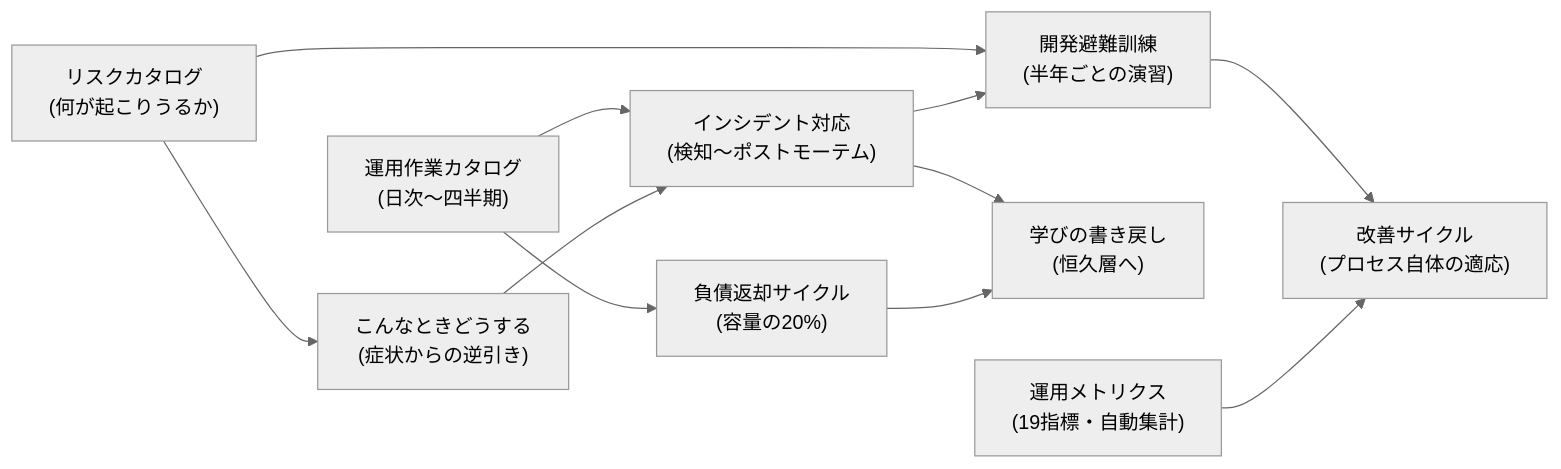
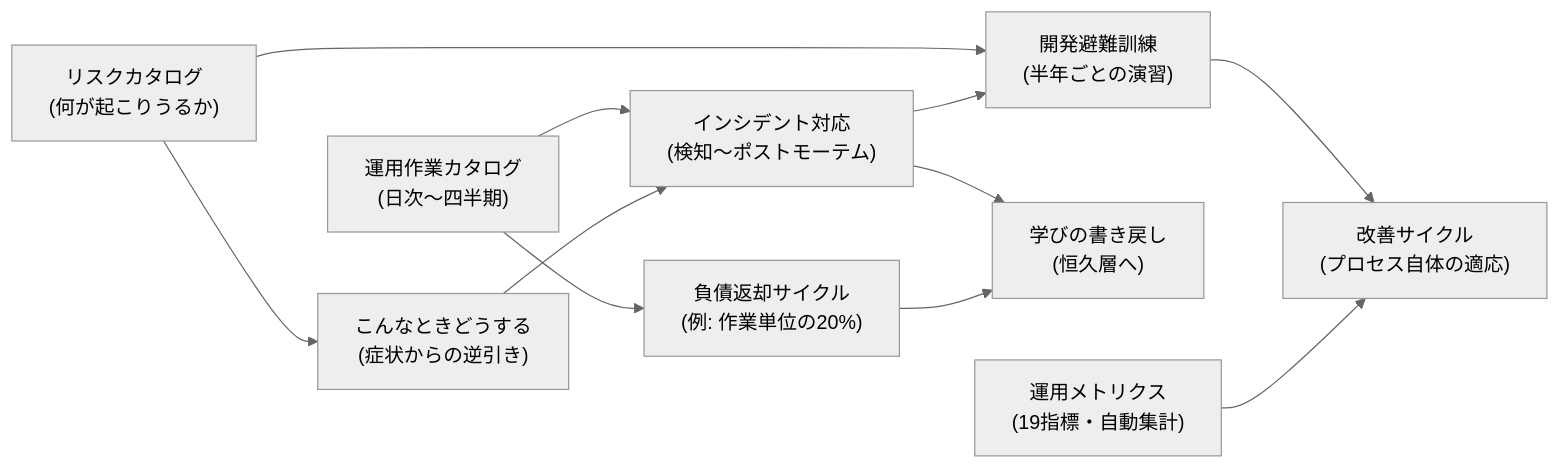
Before and after one commit to Takenori-Kusaka/process-compass: the diagram in src/content/docs/phase6-operation/overview.md, drawn with Mermaid (neutral theme). The commit also changed 24 other files, not shown here.

````diff
--- a/src/content/docs/phase6-operation/overview.md
+++ b/src/content/docs/phase6-operation/overview.md
@@ -12,13 +12,13 @@
 ```mermaid
 graph LR
   OC["運用作業カタログ<br>(日次〜四半期)"] --> IR["インシデント対応<br>(検知〜ポストモーテム)"]
-  OC --> DP["負債返却サイクル<br>(容量の20%)"]
+  OC --> DP["負債返却サイクル<br>(例: 作業単位の20%)"]
   RC["リスクカタログ<br>(何が起こりうるか)"] --> WD["こんなときどうする<br>(症状からの逆引き)"]
   WD --> IR
   RC --> DR["開発避難訓練<br>(半年ごとの演習)"]
   IR --> DR
   IR --> WB["学びの書き戻し<br>(恒久層へ)"]
   DP --> WB
   DR --> IC["改善サイクル<br>(プロセス自体の適応)"]
   M["運用メトリクス<br>(19指標・自動集計)"] --> IC
 ```
````
